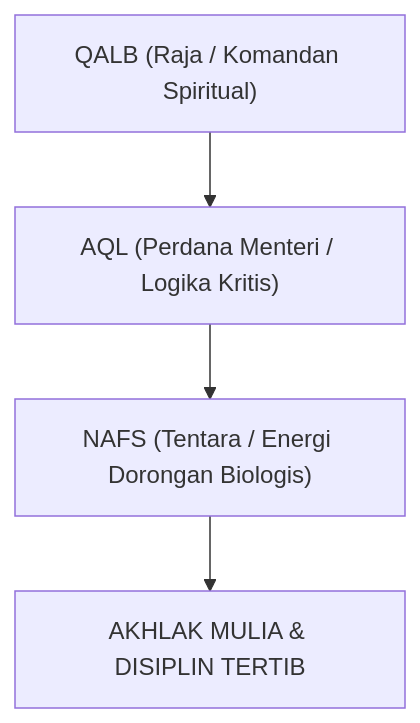
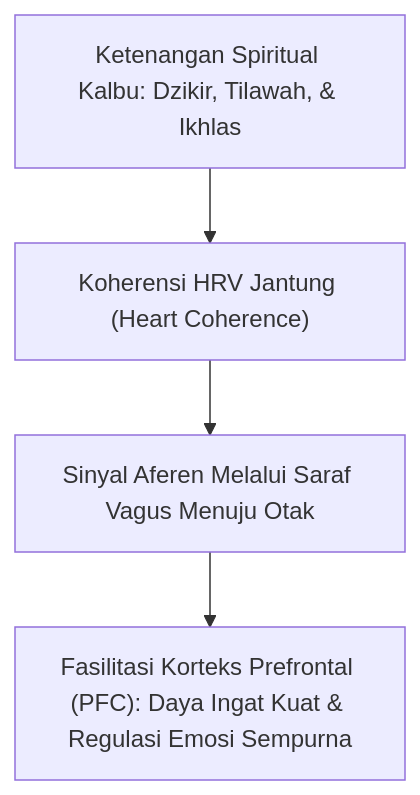
One commit to wandiapriliyandi/tumbuh changed the third of 3 diagrams in BOOK-SERIES/Volume-01/Bab-02-Ontologi-Fitrah-dan-Hakikat-Insan-Pembelajar/02-Struktur-Psiko-Spiritual-Nafs-Aql-Qalb.md. Above: the diagram before and after it, drawn with Mermaid. The commit also changed other lines of this file and 2 other files, not shown here.

````diff
--- a/BOOK-SERIES/Volume-01/Bab-02-Ontologi-Fitrah-dan-Hakikat-Insan-Pembelajar/02-Struktur-Psiko-Spiritual-Nafs-Aql-Qalb.md
+++ b/BOOK-SERIES/Volume-01/Bab-02-Ontologi-Fitrah-dan-Hakikat-Insan-Pembelajar/02-Struktur-Psiko-Spiritual-Nafs-Aql-Qalb.md
@@ -19,7 +77,6 @@
 ```mermaid
 graph TD
-    Qalb["QALB (Raja / Komandan Spiritual)"]
-    Qalb --> Aql["AQL (Perdana Menteri / Logika Kritis)"]
-    Aql --> Nafs["NAFS (Tentara / Energi Dorongan Biologis)"]
-    Nafs --> Aksi["AKHLAK MULIA & DISIPLIN TERTIB"]
+    Dzikir["Ketenangan Spiritual Kalbu: Dzikir, Tilawah, & Ikhlas"] --> Koherensi["Koherensi HRV Jantung (Heart Coherence)"]
+    Koherensi --> JalurAferen["Sinyal Aferen Melalui Saraf Vagus Menuju Otak"]
+    JalurAferen --> OptimalPFC["Fasilitasi Korteks Prefrontal (PFC): Daya Ingat Kuat & Regulasi Emosi Sempurna"]
 ```
````
